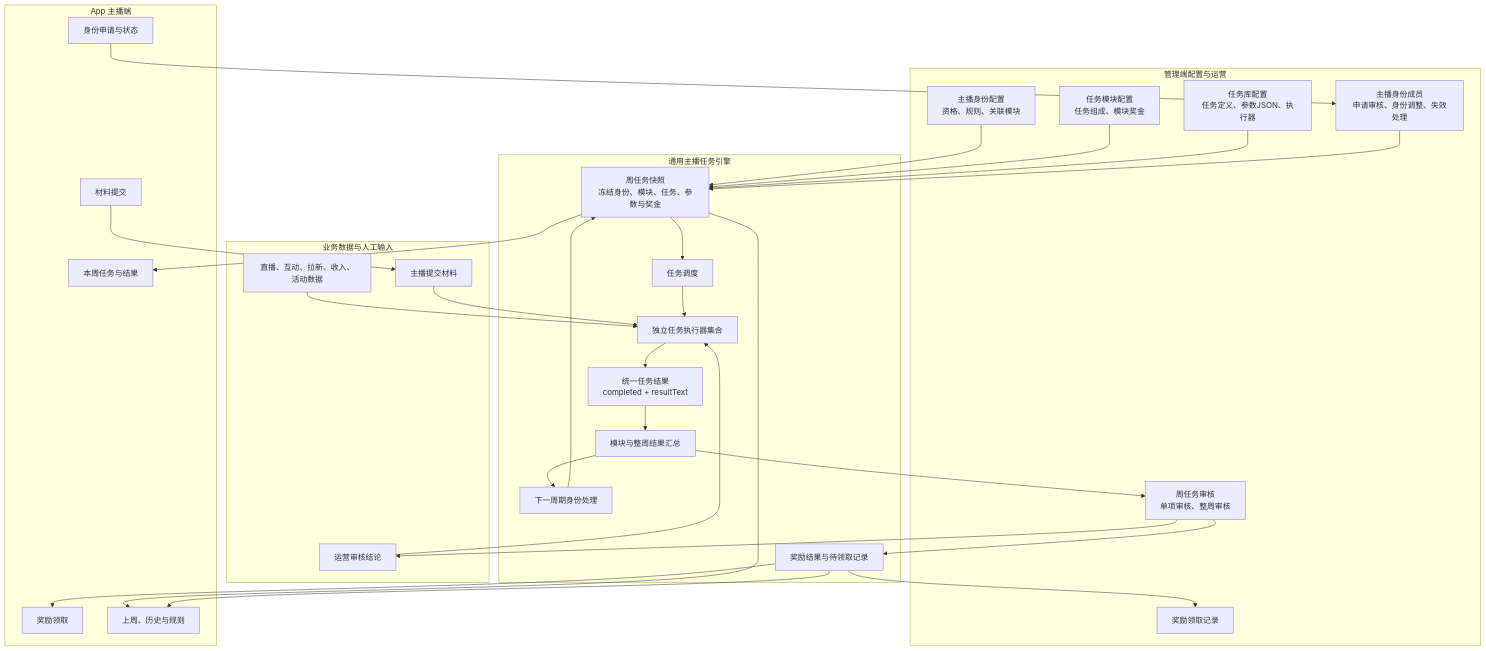
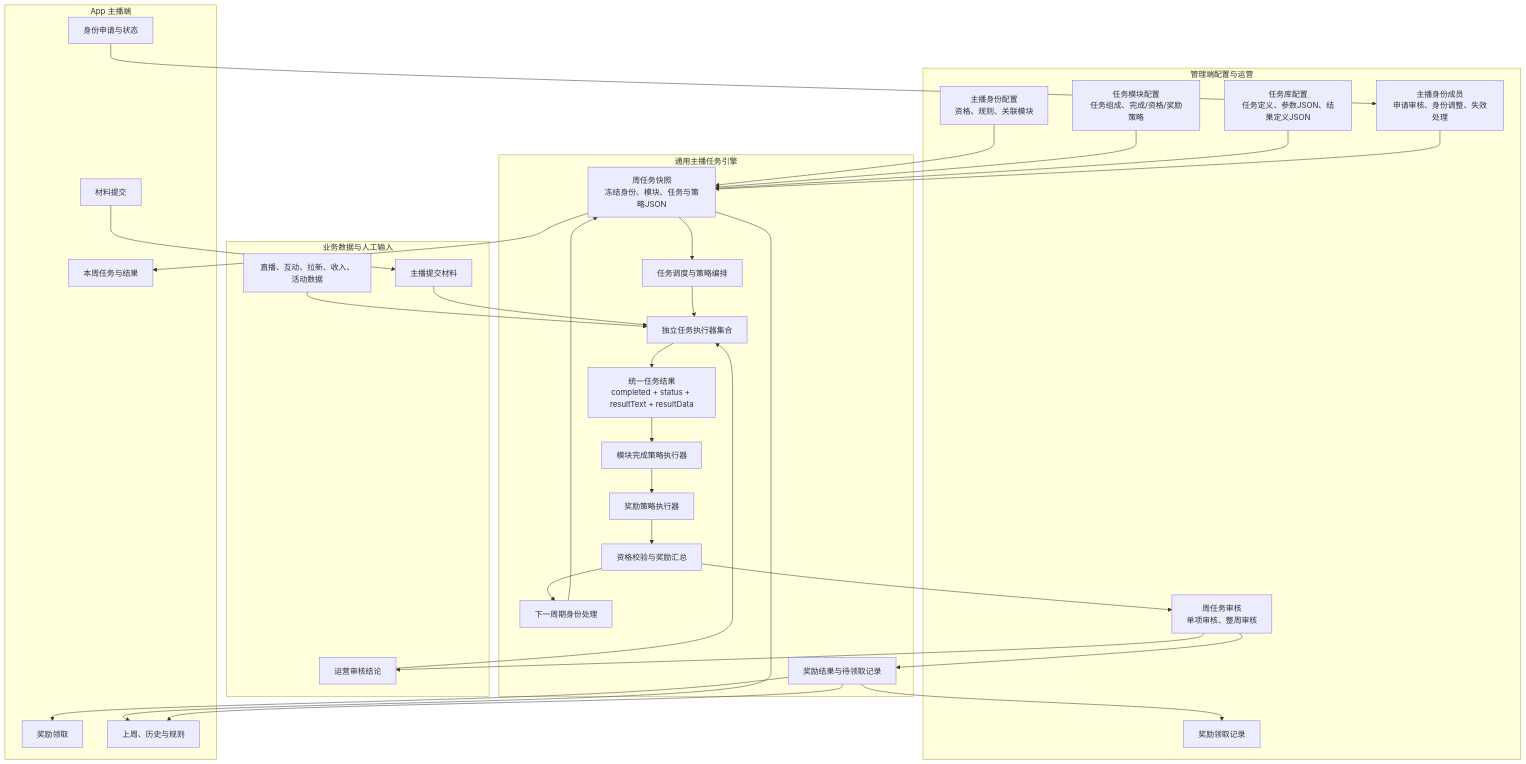
One commit to lxw13000/sano-pm changed the second of 5 diagrams in sano用户任务体系/需求文档/用户身份任务体系.md. Above: the diagram before and after it, drawn with Mermaid. The commit also changed other lines of this file and 29 other files, not shown here.

````diff
--- a/sano用户任务体系/需求文档/用户身份任务体系.md
+++ b/sano用户任务体系/需求文档/用户身份任务体系.md
@@ -197,54 +251,56 @@
 ```mermaid
 flowchart TB
     subgraph Admin["管理端配置与运营"]
         IdentityConfig["主播身份配置<br/>资格、规则、关联模块"]
-        ModuleConfig["任务模块配置<br/>任务组成、模块奖金"]
-        TaskConfig["任务库配置<br/>任务定义、参数JSON、执行器"]
+        ModuleConfig["任务模块配置<br/>任务组成、完成/资格/奖励策略"]
+        TaskConfig["任务库配置<br/>任务定义、参数JSON、结果定义JSON"]
         Member["主播身份成员<br/>申请审核、身份调整、失效处理"]
         WeeklyAudit["周任务审核<br/>单项审核、整周审核"]
         RewardAdmin["奖励领取记录"]
     end
 
     subgraph Core["通用主播任务引擎"]
-        Snapshot["周任务快照<br/>冻结身份、模块、任务、参数与奖金"]
-        Dispatch["任务调度"]
+        Snapshot["周任务快照<br/>冻结身份、模块、任务与策略JSON"]
+        Dispatch["任务调度与策略编排"]
         Executors["独立任务执行器集合"]
-        UnifiedResult["统一任务结果<br/>completed + resultText"]
-        Aggregate["模块与整周结果汇总"]
+        UnifiedResult["统一任务结果<br/>completed + status + resultText + resultData"]
+        Completion["模块完成策略执行器"]
+        RewardStrategy["奖励策略执行器"]
+        Aggregate["资格校验与奖励汇总"]
         Reward["奖励结果与待领取记录"]
         IdentityChange["下一周期身份处理"]
     end
 
     subgraph Data["业务数据与人工输入"]
         BizData["直播、互动、拉新、收入、活动数据"]
         Material["主播提交材料"]
         ManualReview["运营审核结论"]
     end
 
     subgraph App["App 主播端"]
         Apply["身份申请与状态"]
         CurrentTask["本周任务与结果"]
         Submit["材料提交"]
         Claim["奖励领取"]
         History["上周、历史与规则"]
     end
 
     IdentityConfig --> Snapshot
     ModuleConfig --> Snapshot
     TaskConfig --> Snapshot
     Member --> Snapshot
-    Snapshot --> Dispatch --> Executors --> UnifiedResult --> Aggregate
+    Snapshot --> Dispatch --> Executors --> UnifiedResult --> Completion --> RewardStrategy --> Aggregate
     BizData --> Executors
     Material --> Executors
     ManualReview --> Executors
     WeeklyAudit --> ManualReview
     Aggregate --> WeeklyAudit
     WeeklyAudit --> Reward --> RewardAdmin
     Aggregate --> IdentityChange --> Snapshot
     Apply --> Member
     Snapshot --> CurrentTask
     Submit --> Material
     Reward --> Claim
     Snapshot --> History
     Reward --> History
 ```
````
